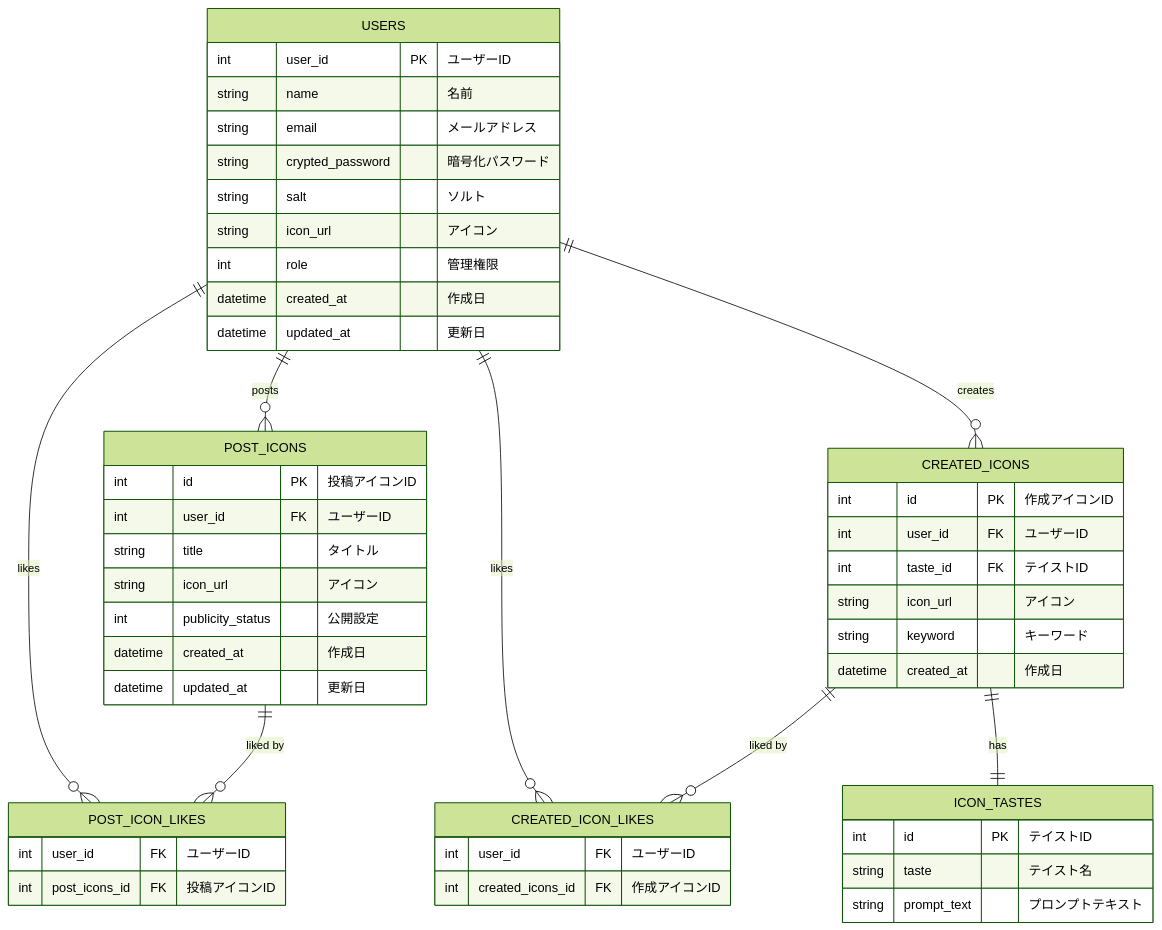
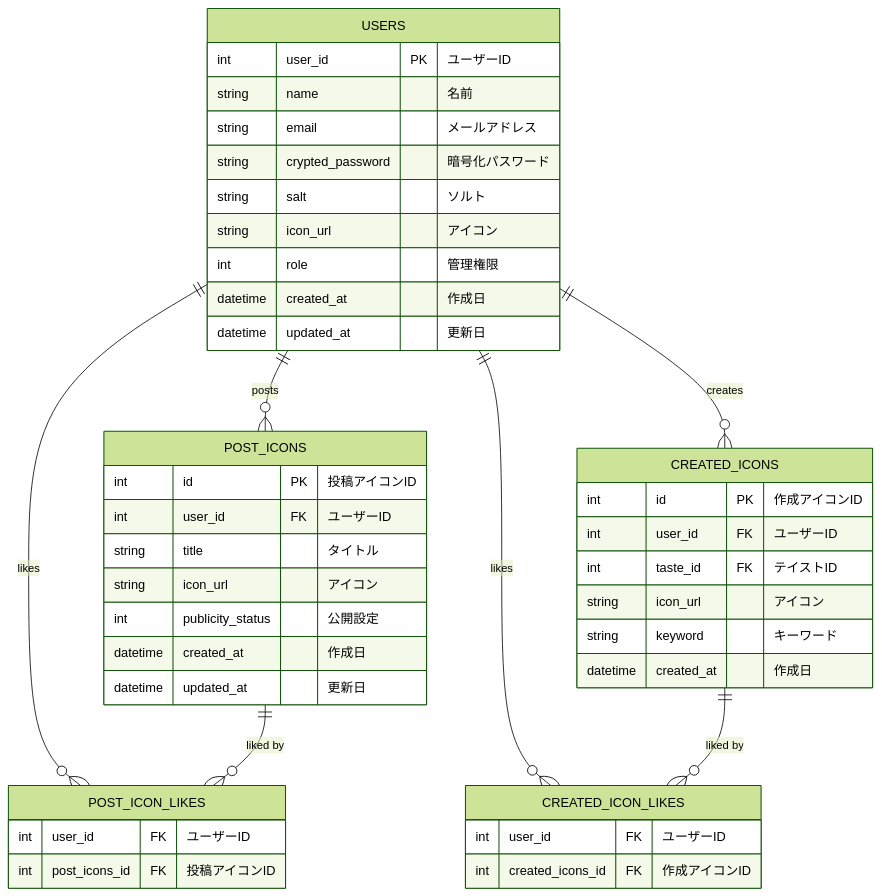
The diagram in README.md (takuya4520/aicon-app), drawn with Mermaid (forest theme) before and after one commit. The commit also changed other lines of this file, not shown here.

Commit message:
edit: README.md

````diff
--- a/README.md
+++ b/README.md
@@ -81,59 +76,52 @@
 ```mermaid
 erDiagram
     USERS {
         int user_id PK "ユーザーID"
         string name "名前"
         string email "メールアドレス"
         string crypted_password "暗号化パスワード"
         string salt "ソルト"
         string icon_url "アイコン"
         int role "管理権限"
         datetime created_at "作成日"
         datetime updated_at "更新日"
     }
 
     POST_ICONS {
         int id PK "投稿アイコンID"
         int user_id FK "ユーザーID"
         string title "タイトル"
         string icon_url "アイコン"
         int publicity_status "公開設定"
         datetime created_at "作成日"
         datetime updated_at "更新日"
     }
 
     CREATED_ICONS {
         int id PK "作成アイコンID"
         int user_id FK "ユーザーID"
         int taste_id FK "テイストID"
         string icon_url "アイコン"
         string keyword "キーワード"
         datetime created_at "作成日"
     }
 
-    ICON_TASTES {
-        int id PK "テイストID"
-        string taste "テイスト名"
-        string prompt_text "プロンプトテキスト"
-    }
-
     POST_ICON_LIKES {
         int user_id FK "ユーザーID"
         int post_icons_id FK "投稿アイコンID"
     }
 
     CREATED_ICON_LIKES {
         int user_id FK "ユーザーID"
         int created_icons_id FK "作成アイコンID"
     }
 
     USERS ||--o{ POST_ICONS : "posts"
     USERS ||--o{ CREATED_ICONS : "creates"
     USERS ||--o{ POST_ICON_LIKES : "likes"
     USERS ||--o{ CREATED_ICON_LIKES : "likes"
 
     POST_ICONS ||--o{ POST_ICON_LIKES : "liked by"
     CREATED_ICONS ||--o{ CREATED_ICON_LIKES : "liked by"
-    CREATED_ICONS ||--|| ICON_TASTES : "has"
 
 ```
````
